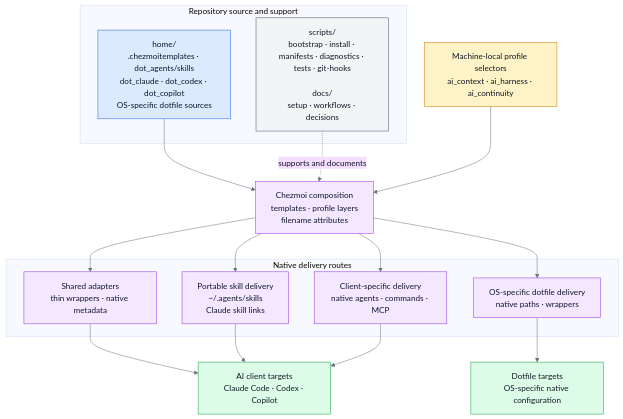
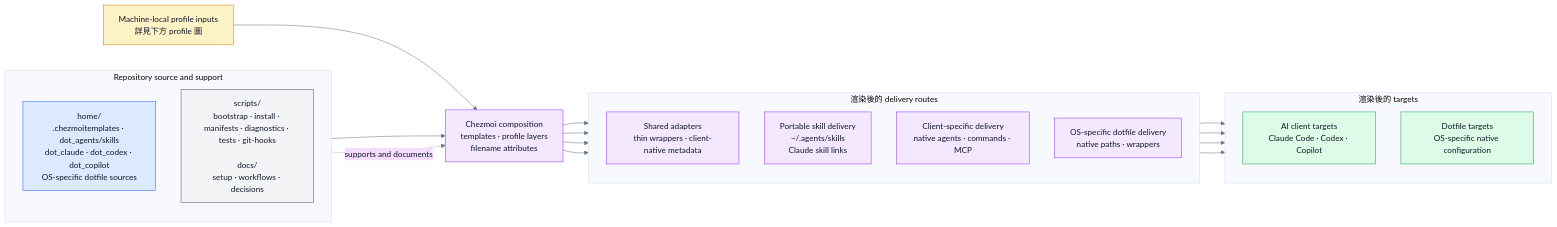
Before and after one commit to sherrilla71940/dotfiles: the first of 4 diagrams in README.zh-TW.md, drawn with Mermaid. The commit also changed other lines of this file and 1 other file, not shown here.

Commit message:
docs(readme): refine diagram boundaries

````diff
--- a/README.zh-TW.md
+++ b/README.zh-TW.md
@@ -44,35 +44,45 @@
 ```mermaid
 %%{init: {"theme": "base", "themeVariables": {"primaryTextColor": "#111827", "nodeTextColor": "#111827", "textColor": "#111827", "lineColor": "#6b7280"}, "flowchart": {"useMaxWidth": true}}}%%
-flowchart TB
-    selectors["Machine-local profile selectors<br/>ai_context · ai_harness · ai_continuity"]:::choice
+flowchart LR
 
     subgraph repository["Repository source and support"]
+        direction TB
         home["home/<br/>.chezmoitemplates · dot_agents/skills<br/>dot_claude · dot_codex · dot_copilot<br/>OS-specific dotfile sources"]:::source
         support["scripts/<br/>bootstrap · install · manifests · diagnostics · tests · git-hooks<br/><br/>docs/<br/>setup · workflows · decisions"]:::support
     end
 
+    profile["Machine-local profile inputs<br/>詳見下方 profile 圖"]:::choice
     compose["Chezmoi composition<br/>templates · profile layers<br/>filename attributes"]:::process
 
-    subgraph routes["Native delivery routes"]
-        sharedRoute["Shared adapters<br/>thin wrappers · native metadata"]:::process
+    subgraph routes["渲染後的 delivery routes"]
+        direction TB
+        sharedRoute["Shared adapters<br/>thin wrappers · client-native metadata"]:::process
         portableRoute["Portable skill delivery<br/>~/.agents/skills<br/>Claude skill links"]:::process
         clientRoute["Client-specific delivery<br/>native agents · commands · MCP"]:::process
         osRoute["OS-specific dotfile delivery<br/>native paths · wrappers"]:::process
     end
 
-    aiTargets["AI client targets<br/>Claude Code · Codex · Copilot"]:::target
-    developerTargets["Dotfile targets<br/>OS-specific native configuration"]:::target
+    subgraph targets["渲染後的 targets"]
+        direction TB
+        aiTargets["AI client targets<br/>Claude Code · Codex · Copilot"]:::target
+        developerTargets["Dotfile targets<br/>OS-specific native configuration"]:::target
+    end
+
     home --> compose
-    selectors --> compose
+    profile --> compose
     support -. "supports and documents" .-> compose
-    compose --> sharedRoute --> aiTargets
-    compose --> portableRoute --> aiTargets
-    compose --> clientRoute --> aiTargets
-    compose --> osRoute --> developerTargets
+    compose --> sharedRoute
+    compose --> portableRoute
+    compose --> clientRoute
+    compose --> osRoute
+    sharedRoute --> aiTargets
+    portableRoute --> aiTargets
+    clientRoute --> aiTargets
+    osRoute --> developerTargets
 
     classDef source fill:#dbeafe,stroke:#2563eb,color:#111827
     classDef choice fill:#fef3c7,stroke:#d97706,color:#111827
     classDef process fill:#f3e8ff,stroke:#9333ea,color:#111827
     classDef target fill:#dcfce7,stroke:#16a34a,color:#111827
     classDef support fill:#f3f4f6,stroke:#4b5563,color:#111827
 ```
````
